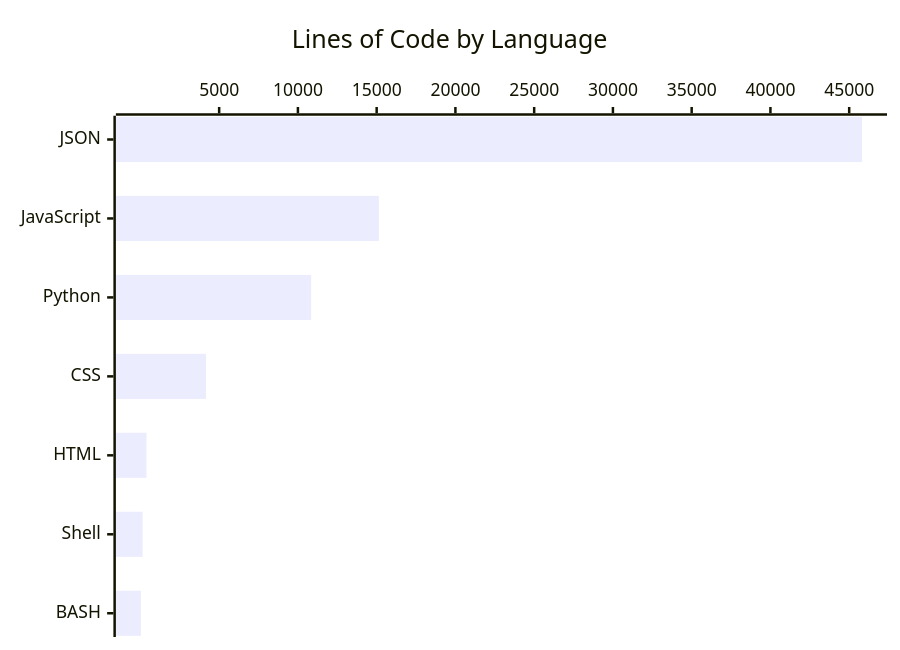
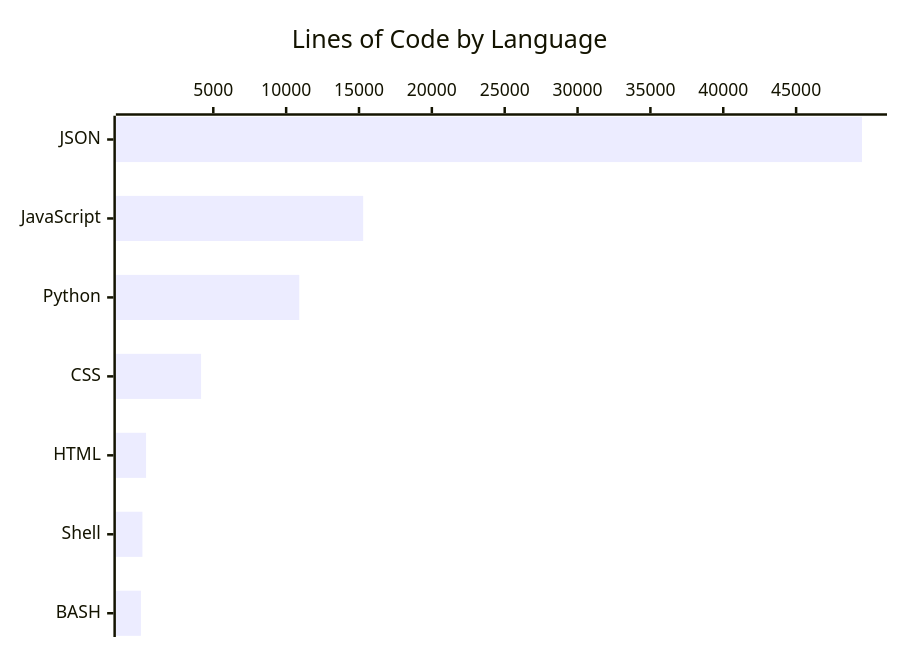
The diagram in LOC-REPORT.md (ibenian/algebench), drawn with Mermaid before and after one commit. The commit also changed other lines of this file and 14 other files, not shown here.

First line of the commit message:
feat: photons wavelength-energy lesson with semantic graph fixes (#264)

````diff
--- a/LOC-REPORT.md
+++ b/LOC-REPORT.md
@@ -16,6 +16,6 @@
 ```mermaid
 xychart-beta horizontal
   title "Lines of Code by Language"
   x-axis ["JSON", "JavaScript", "Python", "CSS", "HTML", "Shell", "BASH"]
-  bar [45812, 15139, 10842, 4164, 386, 137, 33]
+  bar [49520, 15287, 10901, 4163, 386, 137, 33]
 ```
````
